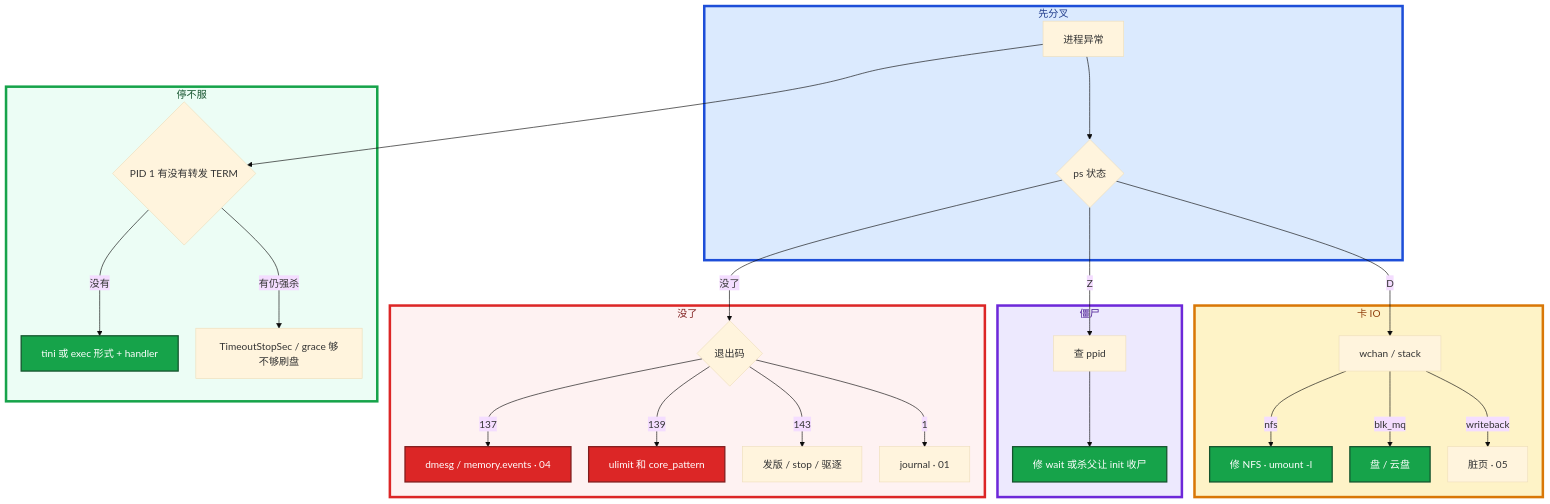
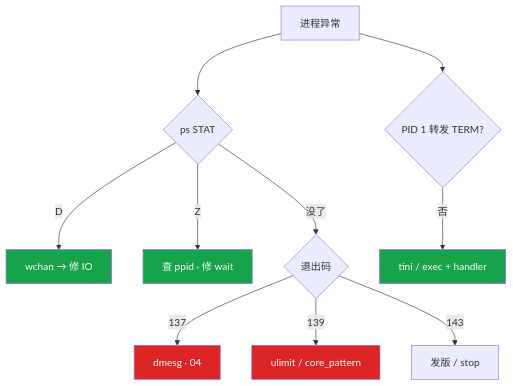
Before and after one commit to ml-cuizijun/LearnToLilith: the eighth of 8 diagrams in 02-基础底座/02-进程与信号/知识点.md, drawn with Mermaid. The commit also changed other lines of this file and 213 other files, not shown here.

````diff
--- a/02-基础底座/02-进程与信号/知识点.md
+++ b/02-基础底座/02-进程与信号/知识点.md
@@ -483,44 +370,17 @@
 ```mermaid
-%%{init: {"flowchart": {"padding": 16, "nodeSpacing": 28, "rankSpacing": 48}, "theme": "base"}}%%
 flowchart TB
-    subgraph gate ["先分叉"]
-        A[进程异常] --> B{ps 状态}
-    end
+    A[进程异常] --> B{ps STAT}
+    B -->|D| C[wchan → 修 IO]
+    B -->|Z| D[查 ppid · 修 wait]
+    B -->|没了| E{退出码}
+    E -->|137| F["dmesg · 04"]
+    E -->|139| G[ulimit / core_pattern]
+    E -->|143| H[发版 / stop]
+    A --> I{PID 1 转发 TERM?}
+    I -->|否| J[tini / exec + handler]
 
-    subgraph io ["卡 IO"]
-        B -->|D| C[wchan / stack]
-        C -->|nfs| D[修 NFS · umount -l]
-        C -->|blk_mq| E[盘 / 云盘]
-        C -->|writeback| F["脏页 · 05"]
-    end
-
-    subgraph zomb ["僵尸"]
-        B -->|Z| G[查 ppid]
-        G --> H[修 wait 或杀父让 init 收尸]
-    end
-
-    subgraph gone ["没了"]
-        B -->|没了| I{退出码}
-        I -->|137| J["dmesg / memory.events · 04"]
-        I -->|139| K[ulimit 和 core_pattern]
-        I -->|143| L[发版 / stop / 驱逐]
-        I -->|1| M["journal · 01"]
-    end
-
-    subgraph stop ["停不服"]
-        A --> N{PID 1 有没有转发 TERM}
-        N -->|没有| O[tini 或 exec 形式 + handler]
-        N -->|有仍强杀| P[TimeoutStopSec / grace 够不够刷盘]
-    end
-
-    classDef bad fill:#DC2626,stroke:#7F1D1D,stroke-width:2px,color:#fff
-    classDef ok fill:#16A34A,stroke:#14532D,stroke-width:2px,color:#fff
-    class D,E,H,O ok
-    class J,K bad
-
-    style gate fill:#DBEAFE,stroke:#1D4ED8,stroke-width:4px,color:#1E3A8A
-    style io fill:#FEF3C7,stroke:#D97706,stroke-width:4px,color:#92400E
-    style zomb fill:#EDE9FE,stroke:#6D28D9,stroke-width:4px,color:#4C1D95
-    style gone fill:#FEF2F2,stroke:#DC2626,stroke-width:4px,color:#7F1D1D
-    style stop fill:#ECFDF5,stroke:#16A34A,stroke-width:4px,color:#14532D
+    classDef bad fill:#DC2626,color:#fff
+    classDef ok fill:#16A34A,color:#fff
+    class C,D,J ok
+    class F,G bad
 ```
````
